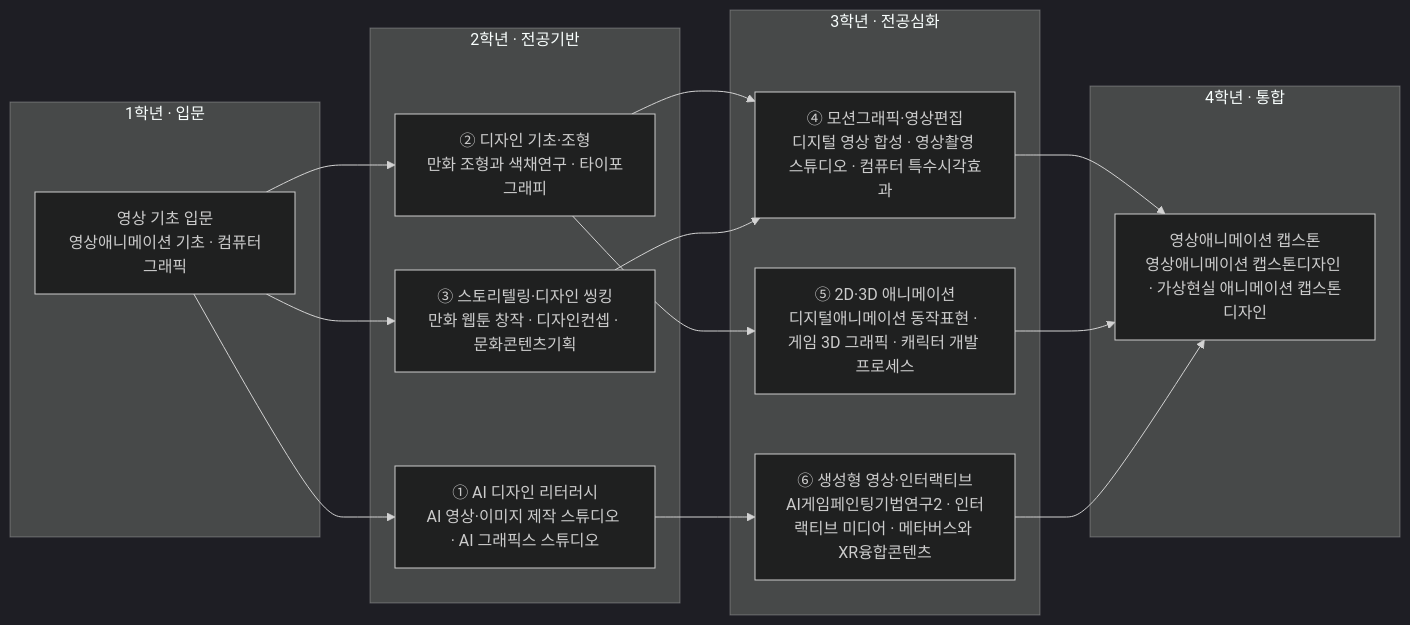
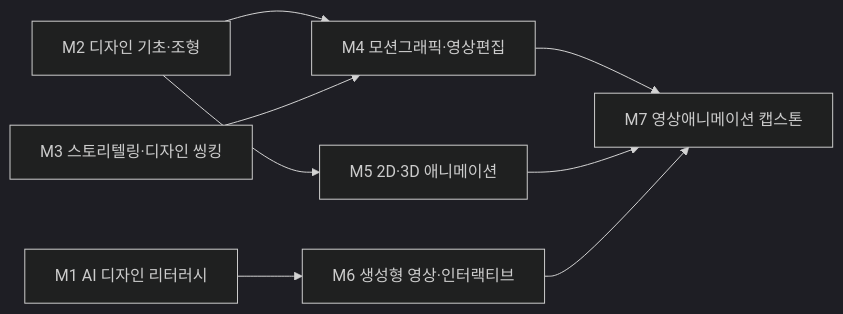
The diagram in docs/design/motion-animation.md (parclab-hsu/ai-curriculum-2026), drawn with Mermaid (dark theme) before and after one commit. The commit also changed other lines of this file and 22 other files, not shown here.

````diff
--- a/docs/design/motion-animation.md
+++ b/docs/design/motion-animation.md
@@ -119,29 +131,10 @@
 ```mermaid
 flowchart LR
-  subgraph Y1["1학년 · 입문"]
-    A0["영상 기초 입문<br/>영상애니메이션 기초 · 컴퓨터그래픽"]
-  end
-  subgraph Y2["2학년 · 전공기반"]
-    M1["① AI 디자인 리터러시<br/>AI 영상·이미지 제작 스튜디오 · AI 그래픽스 스튜디오"]
-    M2["② 디자인 기초·조형<br/>만화 조형과 색채연구 · 타이포그래피"]
-    M3["③ 스토리텔링·디자인 씽킹<br/>만화 웹툰 창작 · 디자인컨셉 · 문화콘텐츠기획"]
-  end
-  subgraph Y3["3학년 · 전공심화"]
-    M4["④ 모션그래픽·영상편집<br/>디지털 영상 합성 · 영상촬영 스튜디오 · 컴퓨터 특수시각효과"]
-    M5["⑤ 2D·3D 애니메이션<br/>디지털애니메이션 동작표현 · 게임 3D 그래픽 · 캐릭터 개발 프로세스"]
-    M6["⑥ 생성형 영상·인터랙티브<br/>AI게임페인팅기법연구2 · 인터랙티브 미디어 · 메타버스와 XR융합콘텐츠"]
-  end
-  subgraph Y4["4학년 · 통합"]
-    CAP["영상애니메이션 캡스톤<br/>영상애니메이션 캡스톤디자인 · 가상현실 애니메이션 캡스톤디자인"]
-  end
-  A0 --> M1
-  A0 --> M2
-  A0 --> M3
-  M2 --> M4
-  M3 --> M4
-  M2 --> M5
-  M1 --> M6
-  M4 --> CAP
+  M2["M2 디자인 기초·조형"] --> M4["M4 모션그래픽·영상편집"]
+  M3["M3 스토리텔링·디자인 씽킹"] --> M4
+  M2 --> M5["M5 2D·3D 애니메이션"]
+  M1["M1 AI 디자인 리터러시"] --> M6["M6 생성형 영상·인터랙티브"]
+  M4 --> CAP["M7 영상애니메이션 캡스톤"]
   M5 --> CAP
   M6 --> CAP
 ```
````
